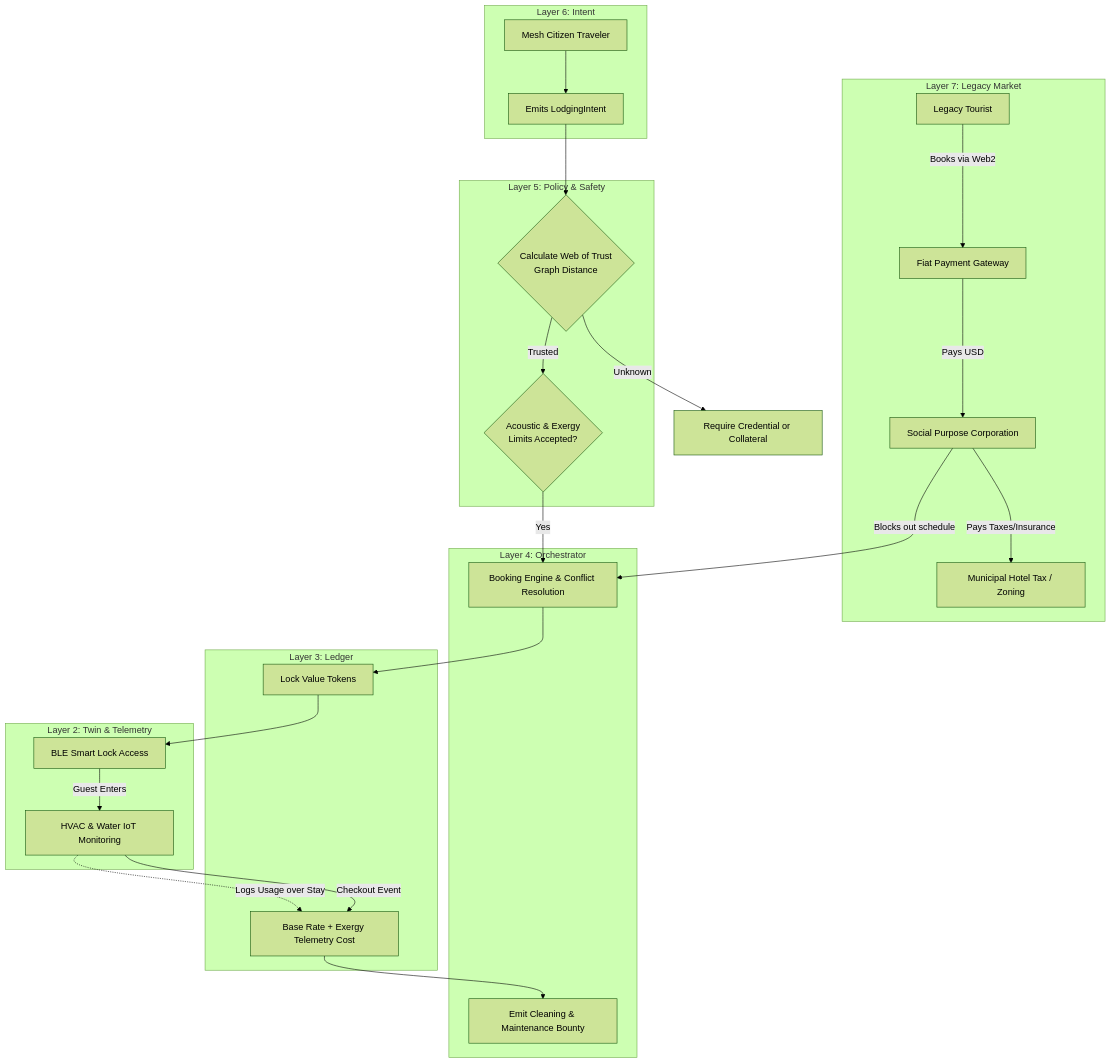
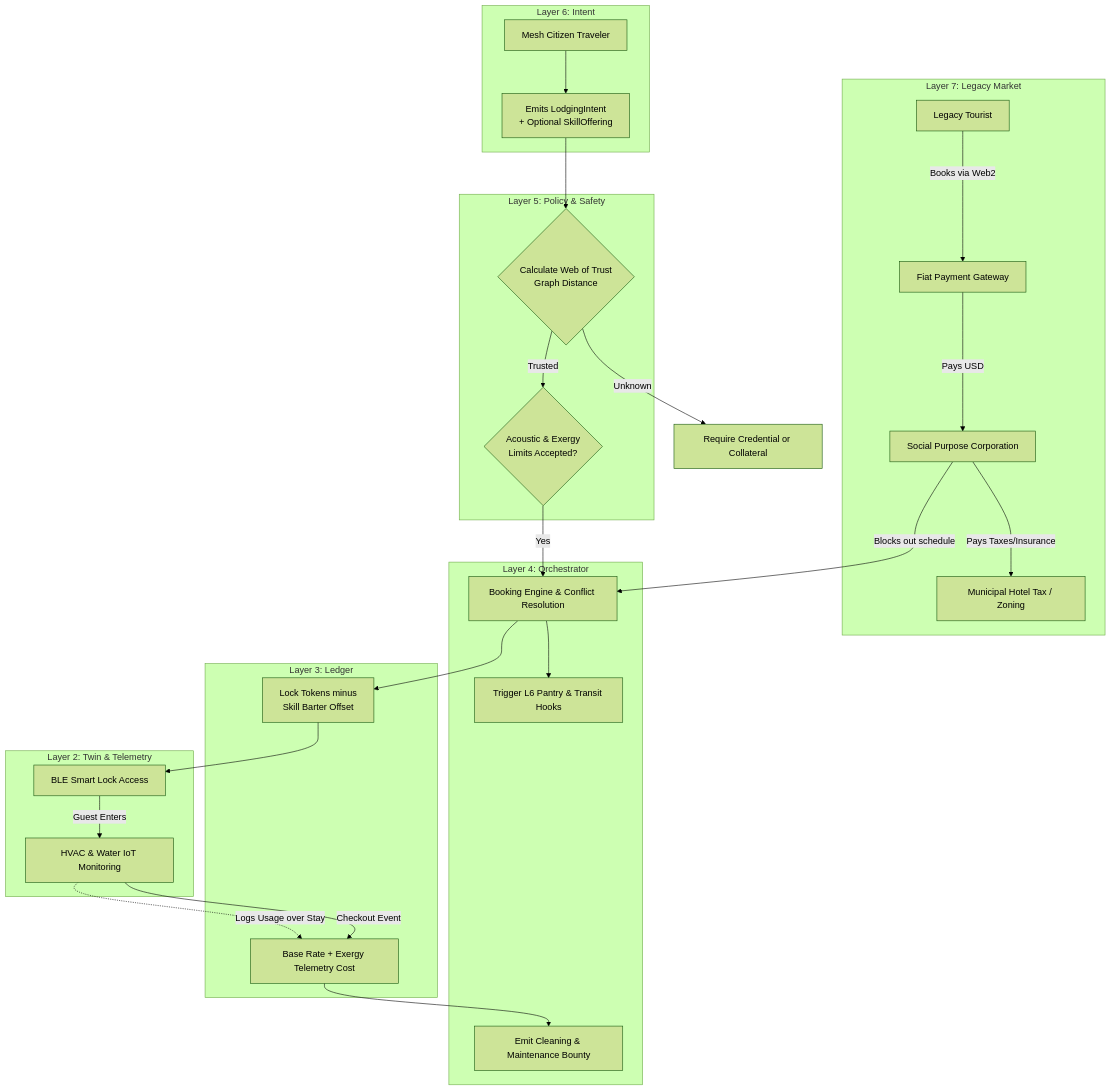
One commit to raffaine/collective changed the diagram in docs/scenarios/zeta_lodging.md. Above: the diagram before and after it, drawn with Mermaid (forest theme). The commit also changed other lines of this file and 25 other files, not shown here.

Commit message:
docs: enrich scenarios (Alpha through Omega) and establish Prime Genesis roadmap

````diff
--- a/docs/scenarios/zeta_lodging.md
+++ b/docs/scenarios/zeta_lodging.md
@@ -46,55 +49,57 @@
 ```mermaid
 graph TD
     subgraph Layer 7: Legacy Market
         Tourist[Legacy Tourist]
         Stripe[Fiat Payment Gateway]
         SPC[Social Purpose Corporation]
         Gov[Municipal Hotel Tax / Zoning]
     end
 
     subgraph Layer 6: Intent
         Traveler[Mesh Citizen Traveler]
-        Intent[Emits LodgingIntent]
+        Intent[Emits LodgingIntent <br> + Optional SkillOffering]
     end
 
     subgraph Layer 5: Policy & Safety
         GraphCheck{Calculate Web of Trust <br> Graph Distance}
         RulesCheck{Acoustic & Exergy <br> Limits Accepted?}
     end
 
     subgraph Layer 4: Orchestrator
         BPMN[Booking Engine & Conflict Resolution]
+        Hooks[Trigger L6 Pantry & Transit Hooks]
         CleanBounty[Emit Cleaning & Maintenance Bounty]
     end
 
     subgraph Layer 3: Ledger
-        Escrow[Lock Value Tokens]
+        Escrow[Lock Tokens minus <br> Skill Barter Offset]
         Settle[Base Rate + Exergy Telemetry Cost]
     end
 
     subgraph Layer 2: Twin & Telemetry
         Lock[BLE Smart Lock Access]
         Sensors[HVAC & Water IoT Monitoring]
     end
 
     %% Legacy Flow
     Tourist -->|Books via Web2| Stripe
     Stripe -->|Pays USD| SPC
     SPC -->|Pays Taxes/Insurance| Gov
     SPC -->|Blocks out schedule| BPMN
 
     %% Sovereign Flow
     Traveler --> Intent
     Intent --> GraphCheck
     GraphCheck -->|Trusted| RulesCheck
     GraphCheck -->|Unknown| Block[Require Credential or Collateral]
     RulesCheck -->|Yes| BPMN
     
+    BPMN --> Hooks
     BPMN --> Escrow
     Escrow --> Lock
     Lock -->|Guest Enters| Sensors
     Sensors -.->|Logs Usage over Stay| Settle
     
     Sensors -->|Checkout Event| Settle
     Settle --> CleanBounty
 ```
````
